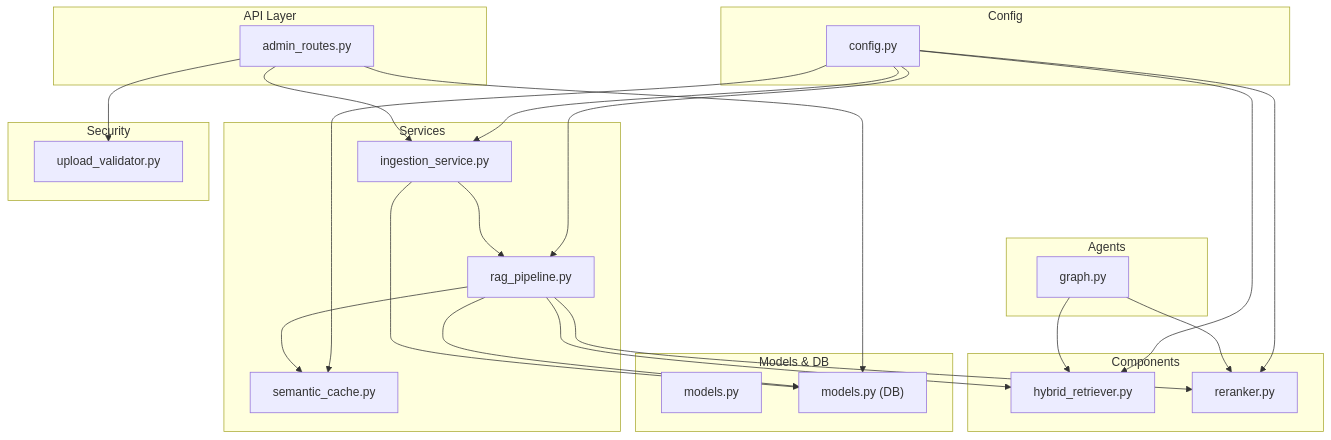
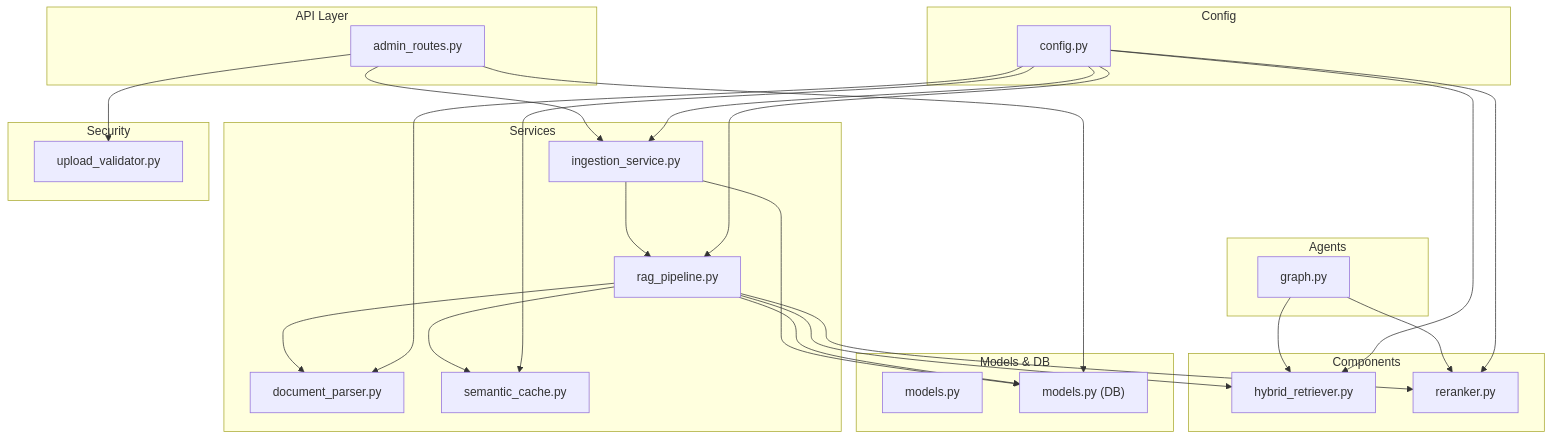
One commit to genes8/private-ai changed the first of 12 diagrams in .qoder/repowiki/en/content/Document Processing System/Document Processing System.md. Above: the diagram before and after it, drawn with Mermaid. The commit also changed other lines of this file and 55 other files, not shown here.

````diff
--- a/.qoder/repowiki/en/content/Document Processing System/Document Processing System.md
+++ b/.qoder/repowiki/en/content/Document Processing System/Document Processing System.md
@@ -58,44 +59,47 @@
 ```mermaid
 graph TB
 subgraph "API Layer"
 AR["admin_routes.py"]
 end
 subgraph "Services"
 IS["ingestion_service.py"]
 RP["rag_pipeline.py"]
+DP["document_parser.py"]
 SC["semantic_cache.py"]
 end
 subgraph "Components"
 HR["hybrid_retriever.py"]
 RR["reranker.py"]
 end
 subgraph "Models & DB"
 M["models.py"]
 MDB["models.py (DB)"]
 end
 subgraph "Security"
 UV["upload_validator.py"]
 end
 subgraph "Agents"
 G["graph.py"]
 end
 subgraph "Config"
 C["config.py"]
 end
 AR --> IS
 IS --> RP
+RP --> DP
 RP --> HR
 RP --> RR
 RP --> SC
 AR --> UV
 G --> HR
 G --> RR
 IS --> MDB
 RP --> MDB
 AR --> MDB
 C --> IS
 C --> RP
+C --> DP
 C --> HR
 C --> RR
 C --> SC
 ```
````
